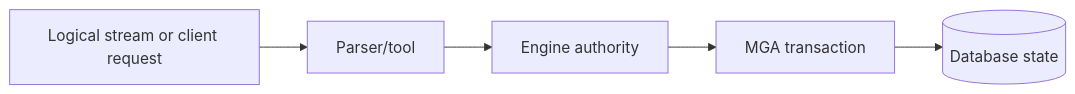
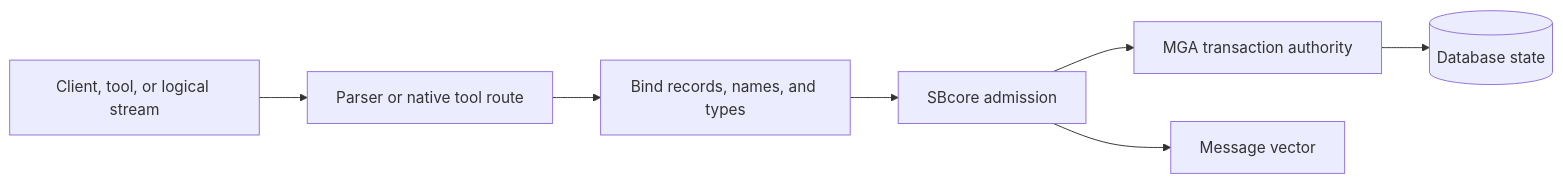
One commit to scratchbird-software-inc/ScratchBird changed the first of 2 diagrams in docs/documentation/draft/Getting_Started/administration/backup_restore_and_data_movement_overview.md. Above: the diagram before and after it, drawn with Mermaid. The commit also changed other lines of this file and 23 other files, not shown here.

````diff
--- a/docs/documentation/draft/Getting_Started/administration/backup_restore_and_data_movement_overview.md
+++ b/docs/documentation/draft/Getting_Started/administration/backup_restore_and_data_movement_overview.md
@@ -21,7 +26,17 @@
 ```mermaid
 flowchart LR
-    Source[Logical stream or client request] --> Parser[Parser/tool]
-    Parser --> Engine[Engine authority]
-    Engine --> Txn[MGA transaction]
-    Txn --> Target[(Database state)]
+    Source[Client, tool, or logical stream]
+    Parser[Parser or native tool route]
+    Bind[Bind records, names, and types]
+    Engine[SBcore admission]
+    Txn[MGA transaction authority]
+    Target[(Database state)]
+    Diagnostic[Message vector]
+
+    Source --> Parser
+    Parser --> Bind
+    Bind --> Engine
+    Engine --> Txn
+    Txn --> Target
+    Engine --> Diagnostic
 ```
````
